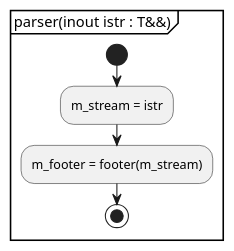
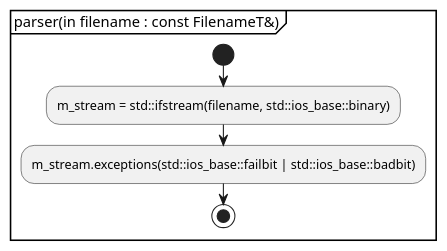
The first of 11 diagrams in document/parser.activity.pu (KodaiYM/PDFReader), drawn with PlantUML before and after one commit. The commit also changed other lines of this file and 7 other files, not shown here.

```diff
--- a/document/parser.activity.pu
+++ b/document/parser.activity.pu
@@ -1,8 +1,8 @@
 @startuml parser
-partition "parser(inout istr : T&&)" {
+partition "parser(in filename : const FilenameT&)" {
 start
-	:m_stream = istr;
-	:m_footer = footer(m_stream);
+	:m_stream = std::ifstream(filename, std::ios_base::binary);
+	:m_stream.exceptions(std::ios_base::failbit | std::ios_base::badbit);
 stop
 }
 @enduml
```
